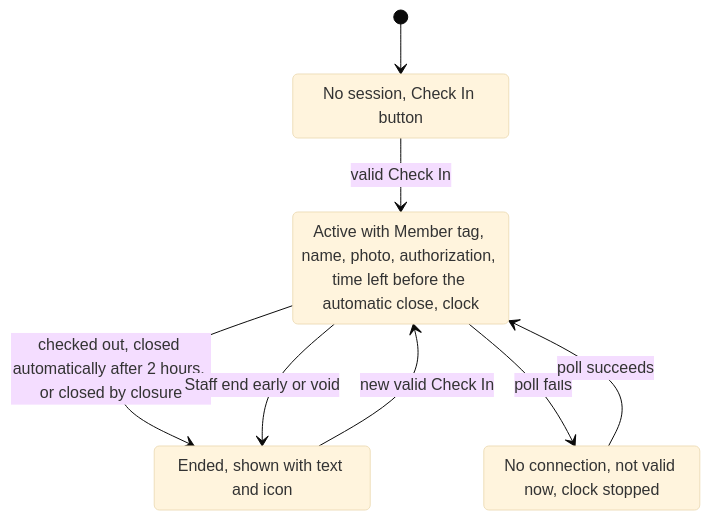
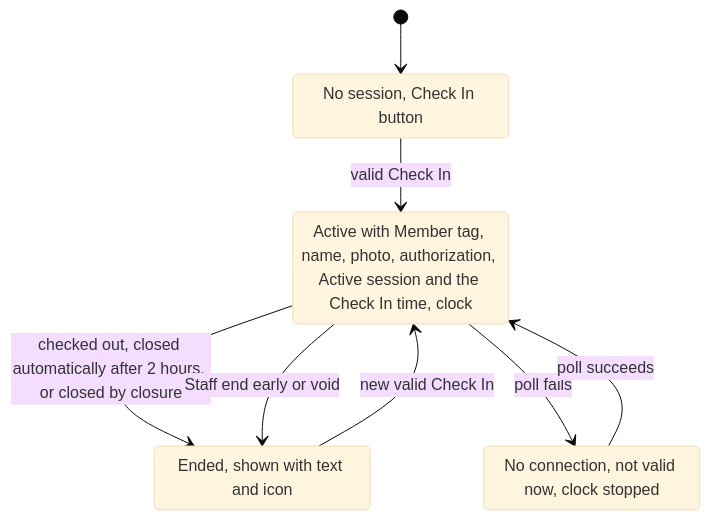
One commit to Th3-Minorities/natatorio-gym-app changed the sixth of 12 diagrams in docs/design/check-in-flows.md. Above: the diagram before and after it, drawn with Mermaid (base theme). The commit also changed other lines of this file and 12 other files, not shown here.

````diff
--- a/docs/design/check-in-flows.md
+++ b/docs/design/check-in-flows.md
@@ -216,15 +216,15 @@
 ```mermaid
 stateDiagram-v2
   state "No session, Check In button" as pm_none
-  state "Active with Member tag, name, photo, authorization, time left before the automatic close, clock" as pm_active
+  state "Active with Member tag, name, photo, authorization, Active session and the Check In time, clock" as pm_active
   state "Ended, shown with text and icon" as pm_expired
   state "No connection, not valid now, clock stopped" as pm_offline
 
   [*] --> pm_none
   pm_none --> pm_active : valid Check In
   pm_active --> pm_expired : checked out, closed automatically after 2 hours, or closed by closure
   pm_active --> pm_expired : Staff end early or void
   pm_expired --> pm_active : new valid Check In
   pm_active --> pm_offline : poll fails
   pm_offline --> pm_active : poll succeeds
 ```
````
